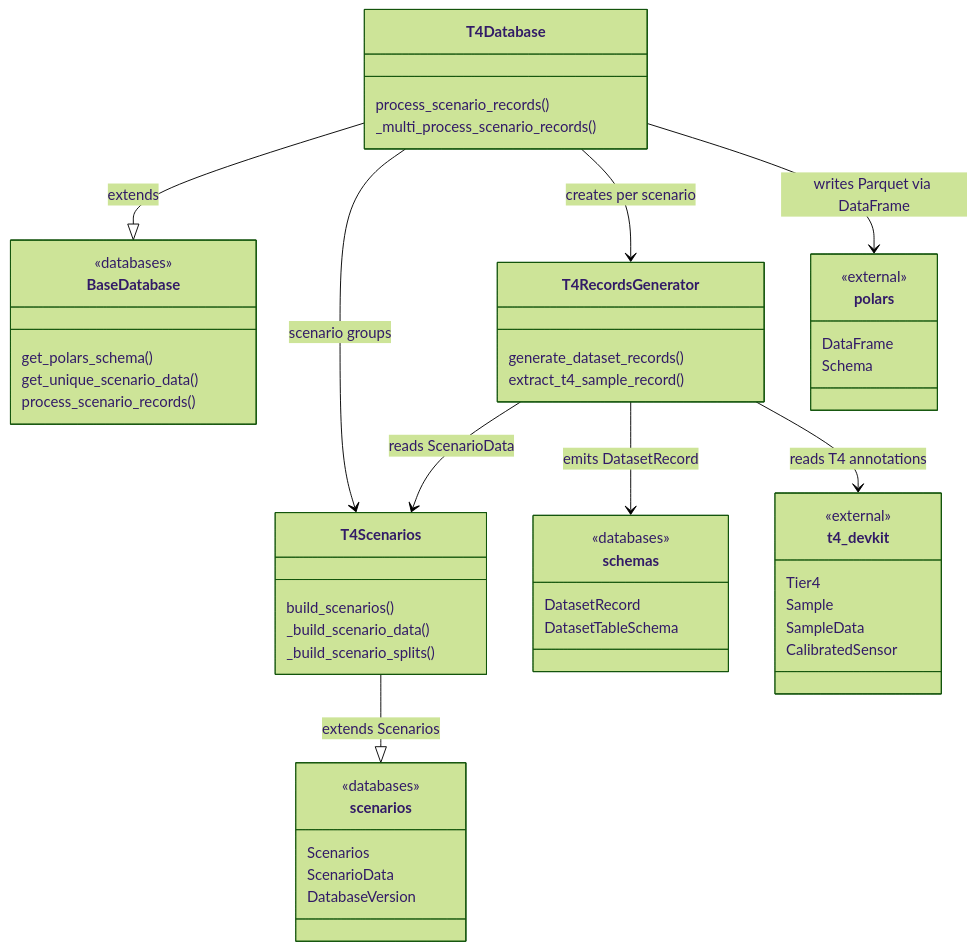
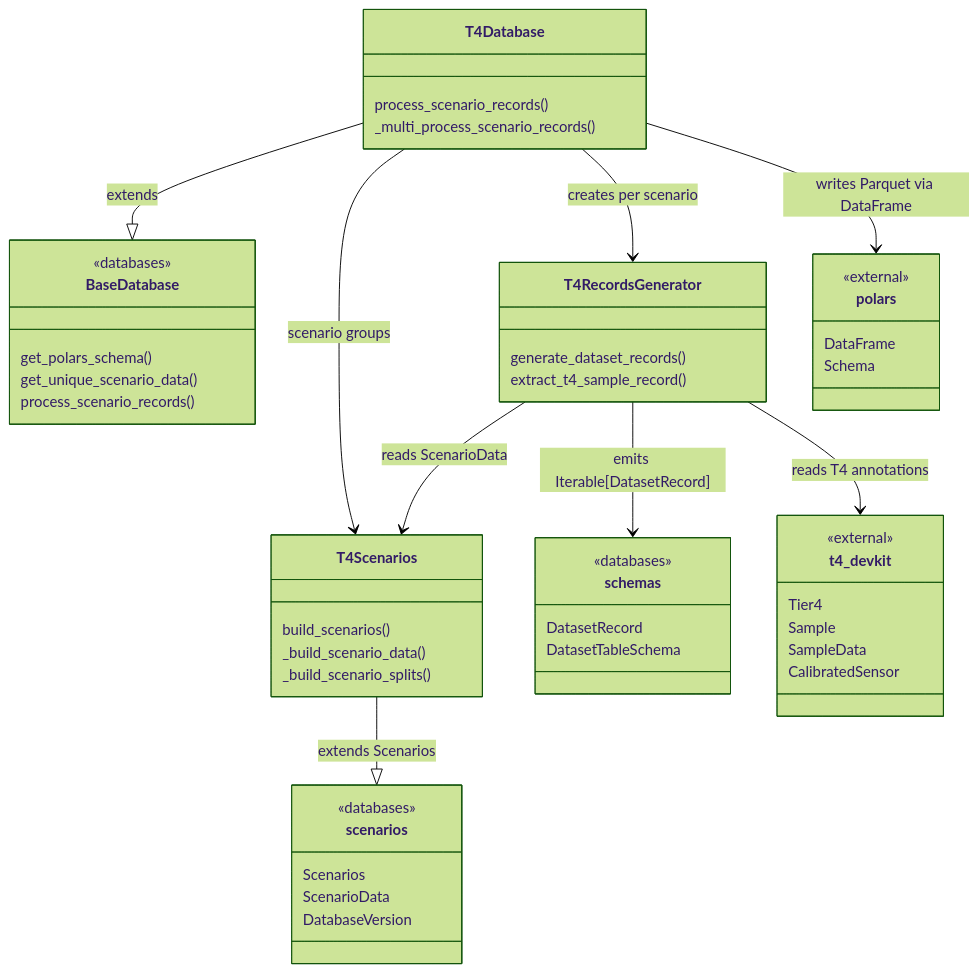
Before and after one commit to tier4/autoware-ml: the diagram in autoware_ml/databases/t4datasets/README.md, drawn with Mermaid (forest theme).

````diff
--- a/autoware_ml/databases/t4datasets/README.md
+++ b/autoware_ml/databases/t4datasets/README.md
@@ -13,65 +13,65 @@
 ```mermaid
 classDiagram
     direction TB
 
     class polars {
         <<external>>
         DataFrame
         Schema
     }
 
     class t4_devkit {
         <<external>>
         Tier4
         Sample
         SampleData
         CalibratedSensor
     }
 
     class scenarios {
         <<databases>>
         Scenarios
         ScenarioData
         DatabaseVersion
     }
 
     class schemas {
         <<databases>>
         DatasetRecord
         DatasetTableSchema
     }
 
     class BaseDatabase {
         <<databases>>
         get_polars_schema()
         get_unique_scenario_data()
         process_scenario_records()
     }
 
     class T4Scenarios {
         build_scenarios()
         _build_scenario_data()
         _build_scenario_splits()
     }
 
     class T4RecordsGenerator {
         generate_dataset_records()
         extract_t4_sample_record()
     }
 
     class T4Database {
         process_scenario_records()
         _multi_process_scenario_records()
     }
 
     T4Scenarios --|> scenarios : extends Scenarios
 
     T4Database --|> BaseDatabase : extends
     T4Database --> T4Scenarios : scenario groups
     T4Database --> T4RecordsGenerator : creates per scenario
     T4Database --> polars : writes Parquet via DataFrame
 
     T4RecordsGenerator --> T4Scenarios : reads ScenarioData
-    T4RecordsGenerator --> schemas : emits DatasetRecord
+    T4RecordsGenerator --> schemas : emits Iterable[DatasetRecord]
     T4RecordsGenerator --> t4_devkit : reads T4 annotations
 ```
````
